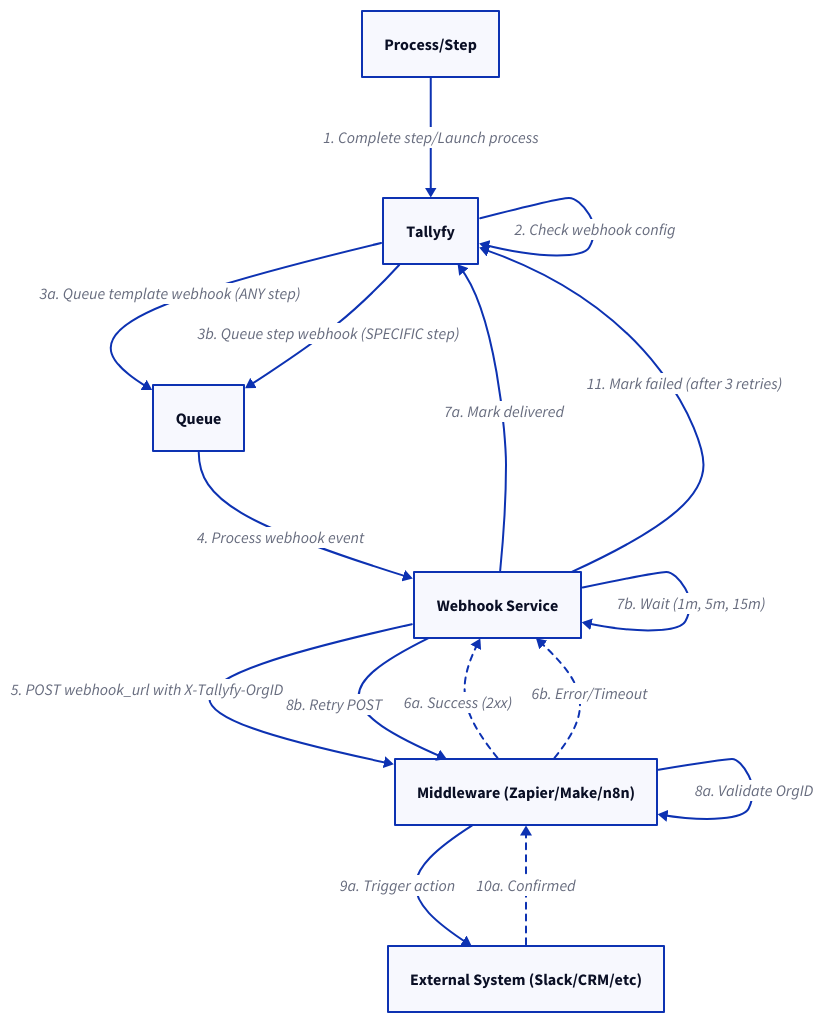
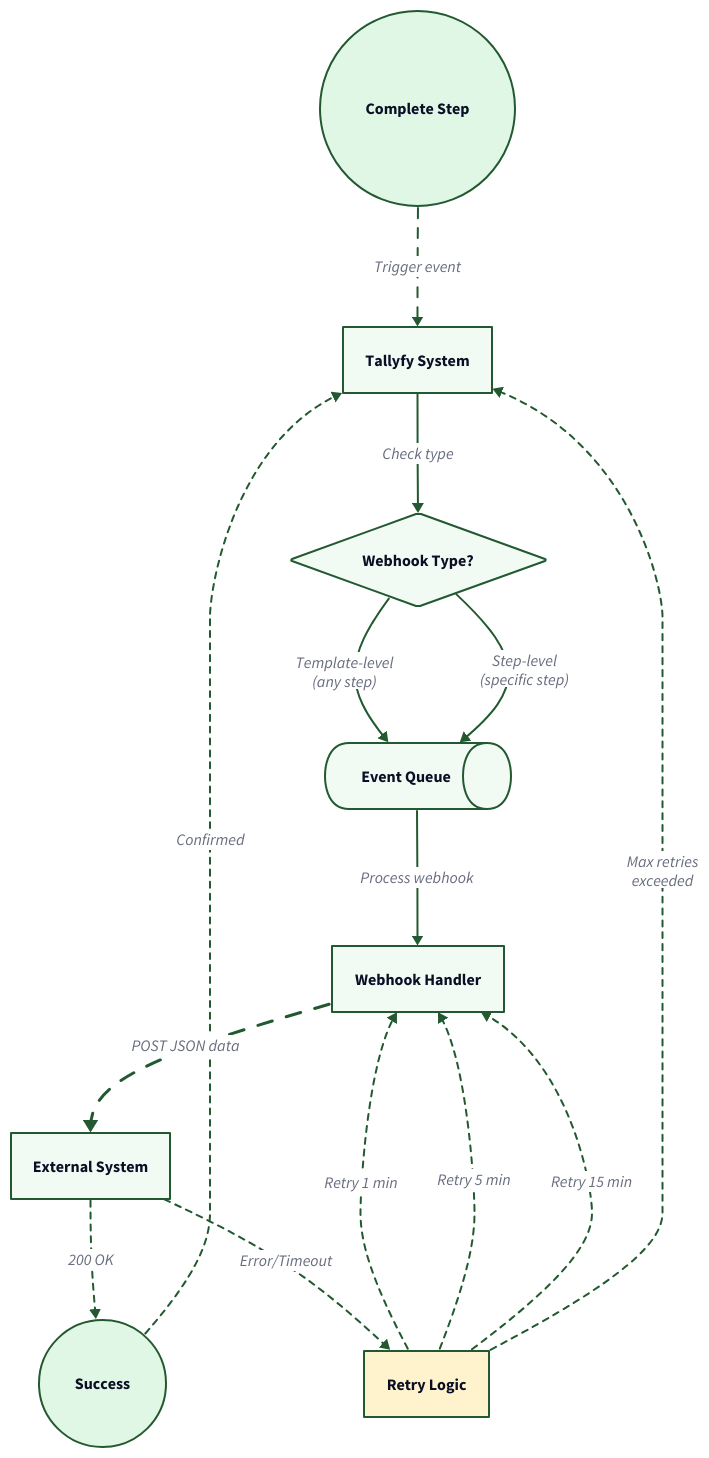
Before and after one commit to tallyfy/documentation: the diagram in src/content/docs/pro/integrations/webhooks/how-to-set-up-webhooks-in-tallyfy.mdx, drawn with D2. The commit also changed other lines of this file and 605 other files, not shown here.

````diff
--- a/src/content/docs/pro/integrations/webhooks/how-to-set-up-webhooks-in-tallyfy.mdx
+++ b/src/content/docs/pro/integrations/webhooks/how-to-set-up-webhooks-in-tallyfy.mdx
@@ -45,36 +46,125 @@
 ```d2
-P: Process/Step
-T: Tallyfy
-Q: Queue
-W: Webhook Service
-M: Middleware (Zapier/Make/n8n)
-E: External System (Slack/CRM/etc)
+# Webhook Event Flow
+direction: down
 
-# Main flow
-P -> T: 1. Complete step/Launch process
-T -> T: 2. Check webhook config
+# Start Event
+Complete_Step: Complete Step {
+  shape: circle
+  style.fill: "#e1f7e6"
+  style.stroke: "#225930"
+  style.stroke-width: 2
+}
 
-# Template vs Step Level
-T -> Q: 3a. Queue template webhook (ANY step)
-T -> Q: 3b. Queue step webhook (SPECIFIC step)
+# Core Components
+Tallyfy: Tallyfy System {
+  shape: rectangle
+  style.fill: "#f2faf4"
+  style.stroke: "#225930"
+}
 
-Q -> W: 4. Process webhook event
+Event_Queue: Event Queue {
+  shape: queue
+  style.fill: "#f2faf4"
+  style.stroke: "#225930"
+}
 
-# Webhook Processing
-W -> M: "5. POST webhook_url with X-Tallyfy-OrgID"
+Webhook_Handler: Webhook Handler {
+  shape: rectangle
+  style.fill: "#f2faf4"
+  style.stroke: "#225930"
+}
 
-# Success path
-M -> W: 6a. Success (2xx) {style.stroke-dash: 3}
-W -> T: 7a. Mark delivered
-M -> M: 8a. Validate OrgID
-M -> E: 9a. Trigger action
-E -> M: 10a. Confirmed {style.stroke-dash: 3}
+External_System: External System {
+  shape: rectangle
+  style.fill: "#f2faf4"
+  style.stroke: "#225930"
+}
 
-# Failure path  
-M -> W: 6b. Error/Timeout {style.stroke-dash: 3}
-W -> W: 7b. Wait (1m, 5m, 15m)
-W -> M: 8b. Retry POST
+# Webhook Type Decision
+Webhook_Type: Webhook Type? {
+  shape: diamond
+  style.fill: "#f2faf4"
+  style.stroke: "#225930"
+}
 
-# Final failure
-W -> T: 11. Mark failed (after 3 retries)
+# Success and Failure Paths
+Success_Response: Success {
+  shape: circle
+  style.fill: "#e1f7e6"
+  style.stroke: "#225930"
+  style.stroke-width: 2
+}
+
+Failure_Handler: Retry Logic {
+  shape: rectangle
+  style.fill: "#fff3cd"
+  style.stroke: "#225930"
+}
+
+# Main Flow
+Complete_Step -> Tallyfy: Trigger event {
+  style.stroke: "#225930"
+  style.stroke-width: 2
+  style.animated: true
+}
+
+Tallyfy -> Webhook_Type: Check type {
+  style.stroke: "#225930"
+}
+
+Webhook_Type -> Event_Queue: Template-level\n(any step) {
+  style.stroke: "#225930"
+}
+
+Webhook_Type -> Event_Queue: Step-level\n(specific step) {
+  style.stroke: "#225930"
+}
+
+Event_Queue -> Webhook_Handler: Process webhook {
+  style.stroke: "#225930"
+  style.stroke-width: 2
+}
+
+Webhook_Handler -> External_System: POST JSON data {
+  style.stroke: "#225930"
+  style.stroke-width: 3
+  style.animated: true
+}
+
+# Success Path
+External_System -> Success_Response: 200 OK {
+  style.stroke: "#225930"
+  style.stroke-dash: 3
+}
+
+Success_Response -> Tallyfy: Confirmed {
+  style.stroke: "#225930"
+  style.stroke-dash: 3
+}
+
+# Failure Path
+External_System -> Failure_Handler: Error/Timeout {
+  style.stroke: "#225930"
+  style.stroke-dash: 3
+}
+
+Failure_Handler -> Webhook_Handler: Retry 1 min {
+  style.stroke: "#225930"
+  style.stroke-dash: 3
+}
+
+Failure_Handler -> Webhook_Handler: Retry 5 min {
+  style.stroke: "#225930"
+  style.stroke-dash: 3
+}
+
+Failure_Handler -> Webhook_Handler: Retry 15 min {
+  style.stroke: "#225930"
+  style.stroke-dash: 3
+}
+
+Failure_Handler -> Tallyfy: Max retries\nexceeded {
+  style.stroke: "#225930"
+  style.stroke-dash: 3
+}
 ```
````
